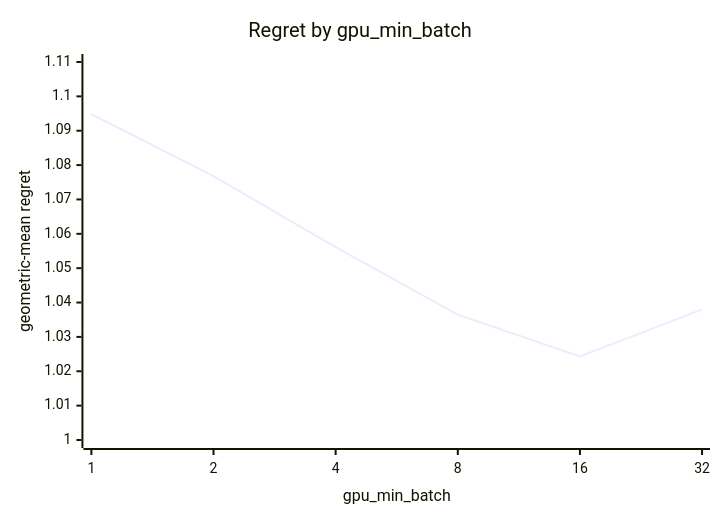
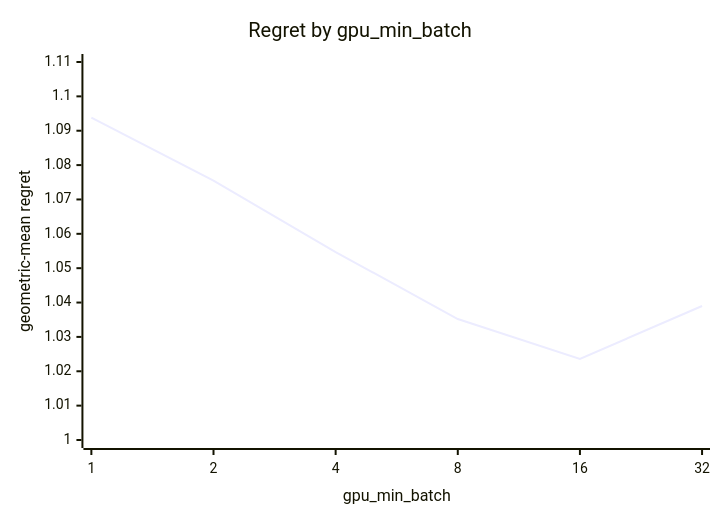
The fourth of 5 diagrams in docs/results/apple-m5-pro-20gpu/combined/eigh/report.md (c0rmac/metal-linalg), drawn with Mermaid before and after one commit. The commit also changed other lines of this file and 9 other files, not shown here.

````diff
--- a/docs/results/apple-m5-pro-20gpu/combined/eigh/report.md
+++ b/docs/results/apple-m5-pro-20gpu/combined/eigh/report.md
@@ -153,7 +155,7 @@
 ```mermaid
 xychart-beta
     title "Regret by gpu_min_batch"
     x-axis "gpu_min_batch" [1, 2, 4, 8, 16, 32]
     y-axis "geometric-mean regret" 1.0 --> 1.11
-    line [1.0948, 1.0768, 1.0561, 1.0365, 1.0243, 1.0380]
+    line [1.0938, 1.0755, 1.0547, 1.0352, 1.0236, 1.0390]
 ```
````
